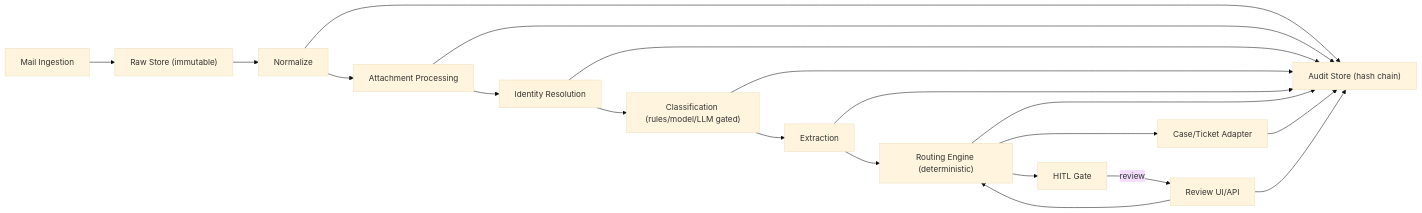
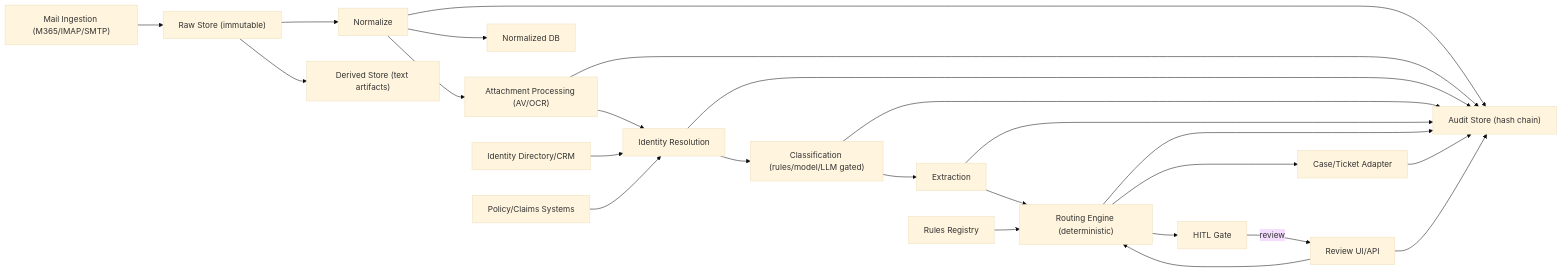
Before and after one commit to aliuyar1234/insure_input_manager_pack_v1_0_1: the first of 2 diagrams in README.md, drawn with Mermaid (base theme). The commit also changed other lines of this file and 1 other file, not shown here.

First line of the commit message:
docs(readme): enrich architecture sections

````diff
--- a/README.md
+++ b/README.md
@@ -64,22 +64,30 @@
 ```mermaid
 flowchart LR
-  A["Mail Ingestion"] --> B["Raw Store (immutable)"]
+  A["Mail Ingestion (M365/IMAP/SMTP)"] --> B["Raw Store (immutable)"]
   B --> C["Normalize"]
-  C --> D["Attachment Processing"]
+  C --> D["Attachment Processing (AV/OCR)"]
   D --> E["Identity Resolution"]
   E --> F["Classification (rules/model/LLM gated)"]
   F --> G["Extraction"]
   G --> H["Routing Engine (deterministic)"]
   H --> I["Case/Ticket Adapter"]
   H --> J["HITL Gate"]
   J -->|review| K["Review UI/API"]
   K --> H
+
+  B --> S1["Derived Store (text artifacts)"]
+  C --> S2["Normalized DB"]
+
   C --> L["Audit Store (hash chain)"]
   D --> L
   E --> L
   F --> L
   G --> L
   H --> L
   I --> L
   K --> L
+
+  R1["Rules Registry"] --> H
+  R2["Identity Directory/CRM"] --> E
+  R3["Policy/Claims Systems"] --> E
 ```
````
